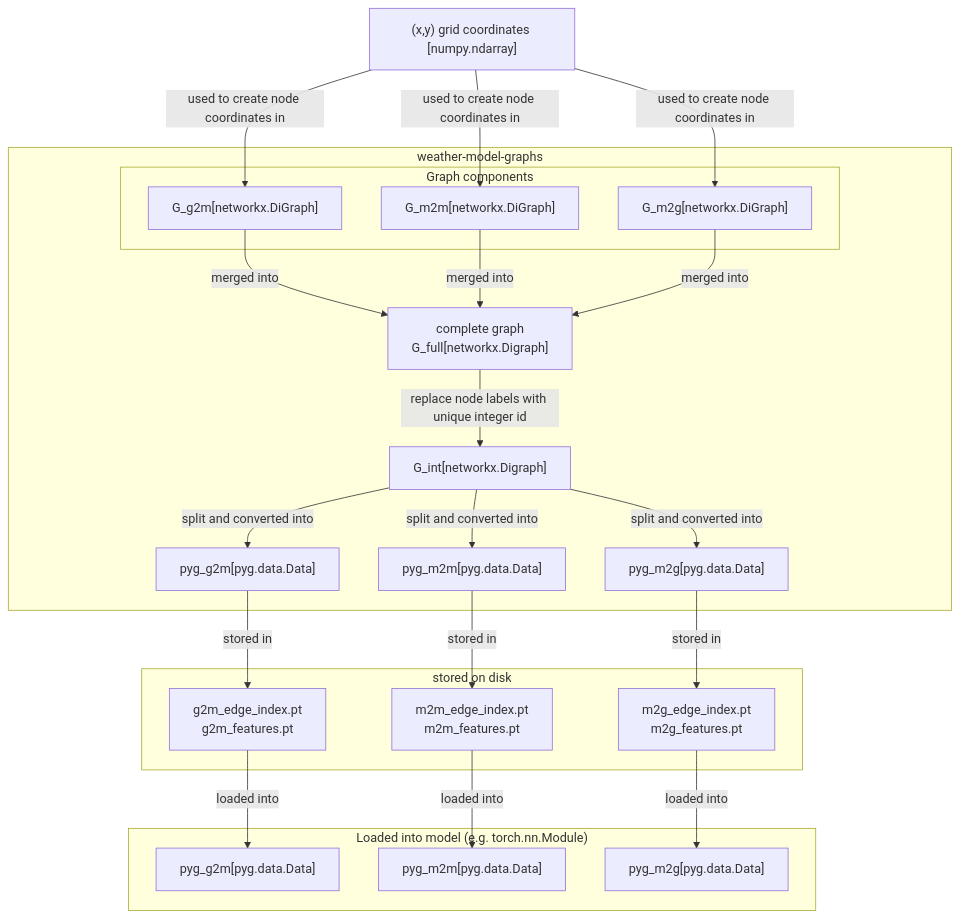
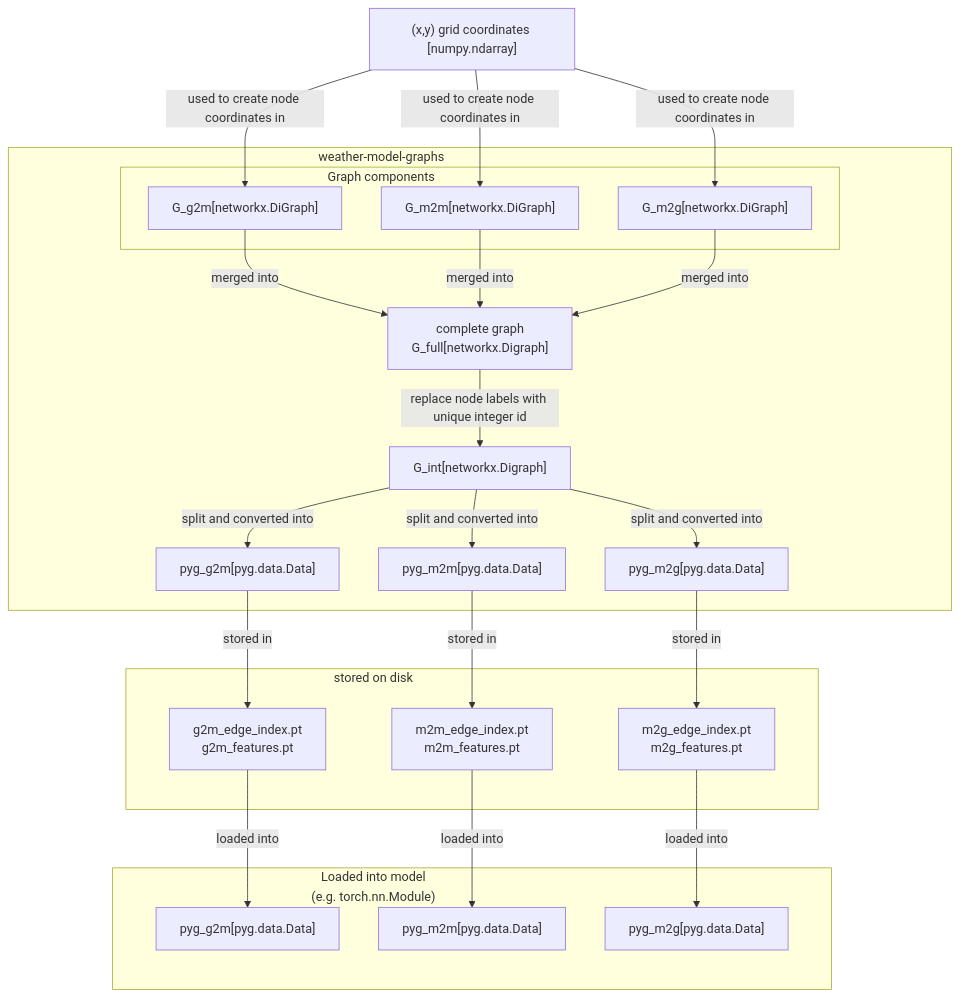
Before and after one commit to mllam/weather-model-graphs: the diagram in README.md, drawn with Mermaid. The commit also changed other lines of this file, not shown here.

Commit message:
Fixed minor typos and improvead readability of mermaid diagram (#5)

````diff
--- a/README.md
+++ b/README.md
@@ -111,49 +113,63 @@
 ```mermaid
 graph TB
 
 xy_grid["(x,y) grid coordinates [numpy.ndarray]"]
 
 subgraph weather_model_graphs["weather-model-graphs"]
     subgraph graph_components["Graph components"]
         G_g2m["G_g2m[networkx.DiGraph]"]
         G_m2m["G_m2m[networkx.DiGraph]"]
         G_m2g["G_m2g[networkx.DiGraph]"]
     end
 
     G_g2m --merged into --> G_full
     G_m2m --merged into --> G_full
     G_m2g --merged into --> G_full
 
     G_full["complete graph\nG_full[networkx.Digraph]"]
 
-    G_full --replace node labels with unique integer id--> G_full_int["G_int[networkx.Digraph]"]
+    G_full --replace node labels with unique integer id --> G_full_int["G_int[networkx.Digraph]"]
 
     G_full_int --split and converted into --> pyg_g2m["pyg_g2m[pyg.data.Data]"]
     G_full_int --split and converted into --> pyg_m2m["pyg_m2m[pyg.data.Data]"]
     G_full_int --split and converted into --> pyg_m2g["pyg_m2g[pyg.data.Data]"]
 end
 
 xy_grid --used to create node coordinates in --> G_g2m
 xy_grid --used to create node coordinates in --> G_m2g
 xy_grid --used to create node coordinates in --> G_m2m
 
 subgraph stored_on_disk["stored on disk"]
-    pyg_g2m_file["g2m_edge_index.pt\ng2m_features.pt"]
-    pyg_m2m_file["m2m_edge_index.pt\nm2m_features.pt"]
-    pyg_m2g_file["m2g_edge_index.pt\nm2g_features.pt"]
+    subgraph hidden_graph1[ ]
+        pyg_g2m_file["g2m_edge_index.pt\ng2m_features.pt"]
+        pyg_m2m_file["m2m_edge_index.pt\nm2m_features.pt"]
+        pyg_m2g_file["m2g_edge_index.pt\nm2g_features.pt"]
+    end
 end
 
 pyg_g2m --stored in--> pyg_g2m_file
 pyg_m2m --stored in--> pyg_m2m_file
 pyg_m2g --stored in--> pyg_m2g_file
 
-subgraph pyg_loaded["Loaded into model (e.g. torch.nn.Module)"]
-    pyg_g2m_loaded["pyg_g2m[pyg.data.Data]"]
-    pyg_m2m_loaded["pyg_m2m[pyg.data.Data]"]
-    pyg_m2g_loaded["pyg_m2g[pyg.data.Data]"]
+subgraph pyg_loaded["Loaded into model"]
+    subgraph hidden_graph2["(e.g. torch.nn.Module)"]
+        pyg_g2m_loaded["pyg_g2m[pyg.data.Data]"]
+        pyg_m2m_loaded["pyg_m2m[pyg.data.Data]"]
+        pyg_m2g_loaded["pyg_m2g[pyg.data.Data]"]
+    end
 end
 
 pyg_g2m_file --loaded into --> pyg_g2m_loaded
 pyg_m2m_file --loaded into --> pyg_m2m_loaded
 pyg_m2g_file --loaded into --> pyg_m2g_loaded
+
+classDef title_left margin-right:250px,display:block
+classDef hidden stroke-width:0px,margin-right:250px,display:block
+
+class hidden_graph1 hidden
+class hidden_graph2 hidden
+class weather_model_graphs title_left
+class graph_components title_left
+class stored_on_disk title_left
+class pyg_loaded title_left
 ```
````
